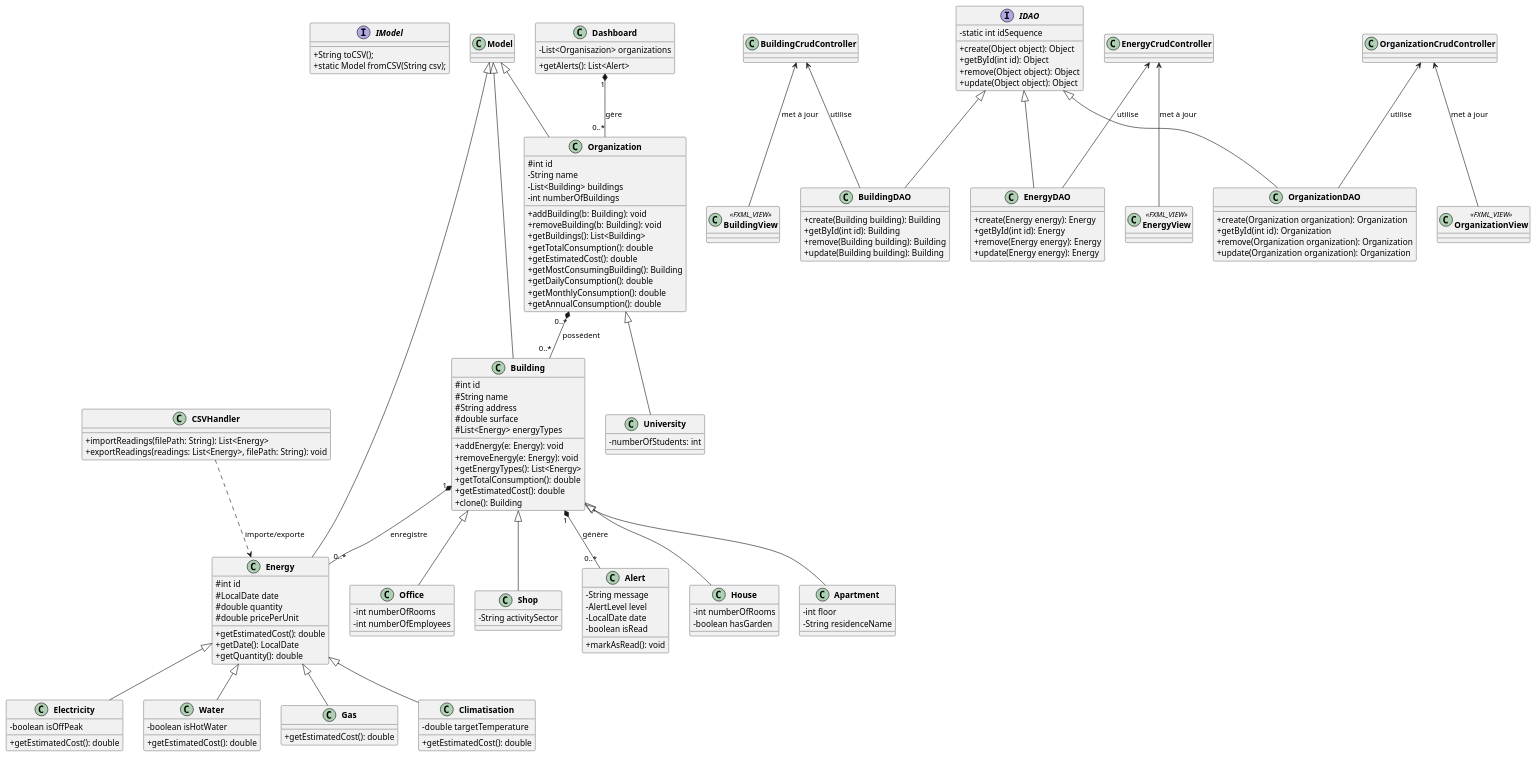
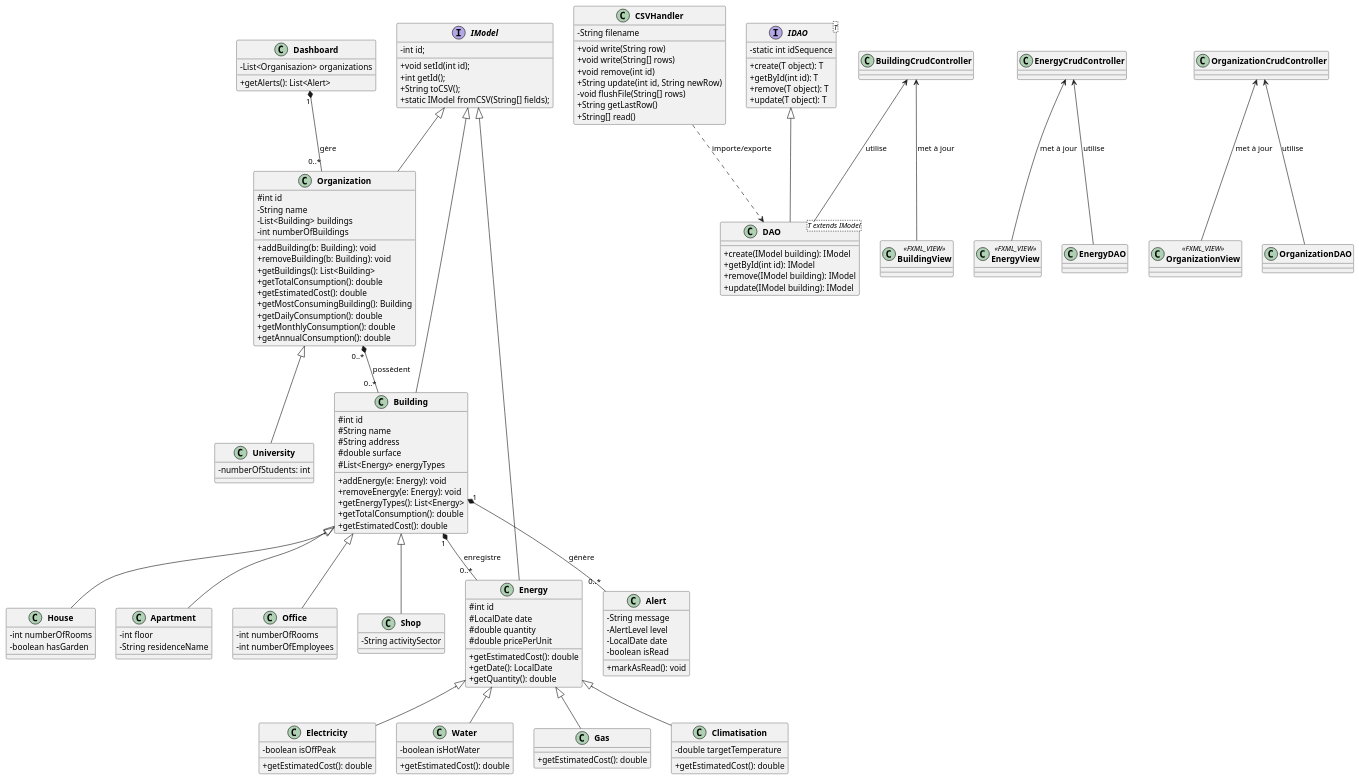
One commit to Cavernos/EAD changed the diagram in docs/UML.puml. Above: the diagram before and after it, drawn with PlantUML. The commit also changed 7 other files, not shown here.

Commit message:
Update DAO to make single DAO for all project and Update UML

```diff
--- a/docs/UML.puml
+++ b/docs/UML.puml
@@ -8,8 +8,11 @@
 '           ENUM
 ' ══════════════════════════════
 interface IModel {
+    - int id;
+    + void setId(int id);
+    + int getId();
     + String toCSV();
-    + static Model fromCSV(String csv);
+    + static IModel fromCSV(String[] fields);
 }
 ' ================================
 ' Organisation
@@ -50,7 +53,6 @@
   + getEnergyTypes(): List<Energy>
   + getTotalConsumption(): double
   + getEstimatedCost(): double
-  + clone(): Building
 }
 
 ' ══════════════════════════════
@@ -135,42 +137,36 @@
 ' ══════════════════════════════
 
 class CSVHandler {
-  + importReadings(filePath: String): List<Energy>
-  + exportReadings(readings: List<Energy>, filePath: String): void
+  - String filename
+  + void write(String row)
+  + void write(String[] rows)
+  + void remove(int id)
+  + String update(int id, String newRow)
+  - void flushFile(String[] rows)
+  + String getLastRow()
+  + String[] read()
 }
+
 
 ' ===============================
 ' DAO
 ' ===============================
-interface IDAO {
+interface IDAO<T> {
 - static int idSequence
-+ create(Object object): Object
-+ getById(int id): Object
-+ remove(Object object): Object
-+ update(Object object): Object
++ create(T object): T
++ getById(int id): T
++ remove(T object): T
++ update(T object): T
 }
 
-class BuildingDAO {
+class DAO<T extends IModel> {
 
-+ create(Building building): Building
-+ getById(int id): Building
-+ remove(Building building): Building
-+ update(Building building): Building
++ create(IModel building): IModel
++ getById(int id): IModel
++ remove(IModel building): IModel
++ update(IModel building): IModel
 }
 
-class EnergyDAO {
-+ create(Energy energy): Energy
-+ getById(int id): Energy
-+ remove(Energy energy): Energy
-+ update(Energy energy): Energy
-}
-
-class OrganizationDAO {
-+ create(Organization organization): Organization
-+ getById(int id): Organization
-+ remove(Organization organization): Organization
-+ update(Organization organization): Organization
-}
 
 ' ===============================
 ' Controllers
@@ -201,9 +197,9 @@
 ' ══════════════════════════════
 
 'Heritage de Model
-Model <|-- Organization
-Model <|-- Building
-Model <|-- Energy
+IModel <|-- Organization
+IModel <|-- Building
+IModel <|-- Energy
 ' Héritage Organization
 Organization <|-- University
 ' Héritage Building
@@ -220,9 +216,8 @@
 Energy <|-- Climatisation
 
 ' Héritage DAO
-IDAO <|-- EnergyDAO
-IDAO <|-- BuildingDAO
-IDAO <|-- OrganizationDAO
+IDAO <|-- DAO
+
 
 ' Composition
 Dashboard "1" *-- "0..*" Organization: gère
@@ -231,12 +226,12 @@
 Building  "1" *-- "0..*" Alert    : génère
 
 ' Dépendances utilitaires
-CSVHandler   ..> Energy  : importe/exporte
+CSVHandler   ..> DAO  : importe/exporte
 
 ' MVC
 EnergyCrudController  <-- EnergyDAO: utilise
 EnergyCrudController <-- EnergyView: met à jour
-BuildingCrudController <-- BuildingDAO: utilise
+BuildingCrudController <-- DAO: utilise
 BuildingCrudController <-- BuildingView: met à jour
 OrganizationCrudController <-- OrganizationDAO: utilise
 OrganizationCrudController <-- OrganizationView: met à jour
```
